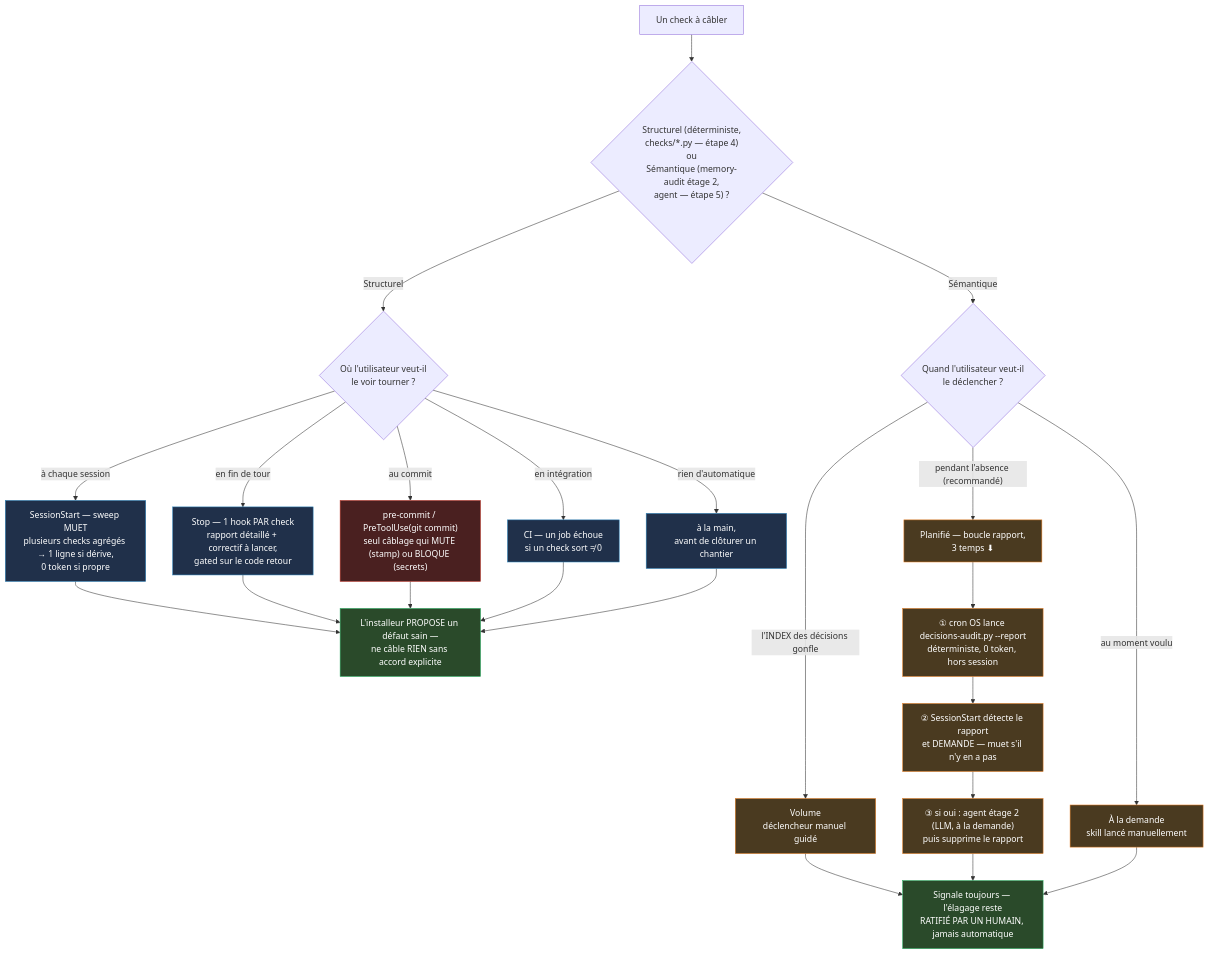
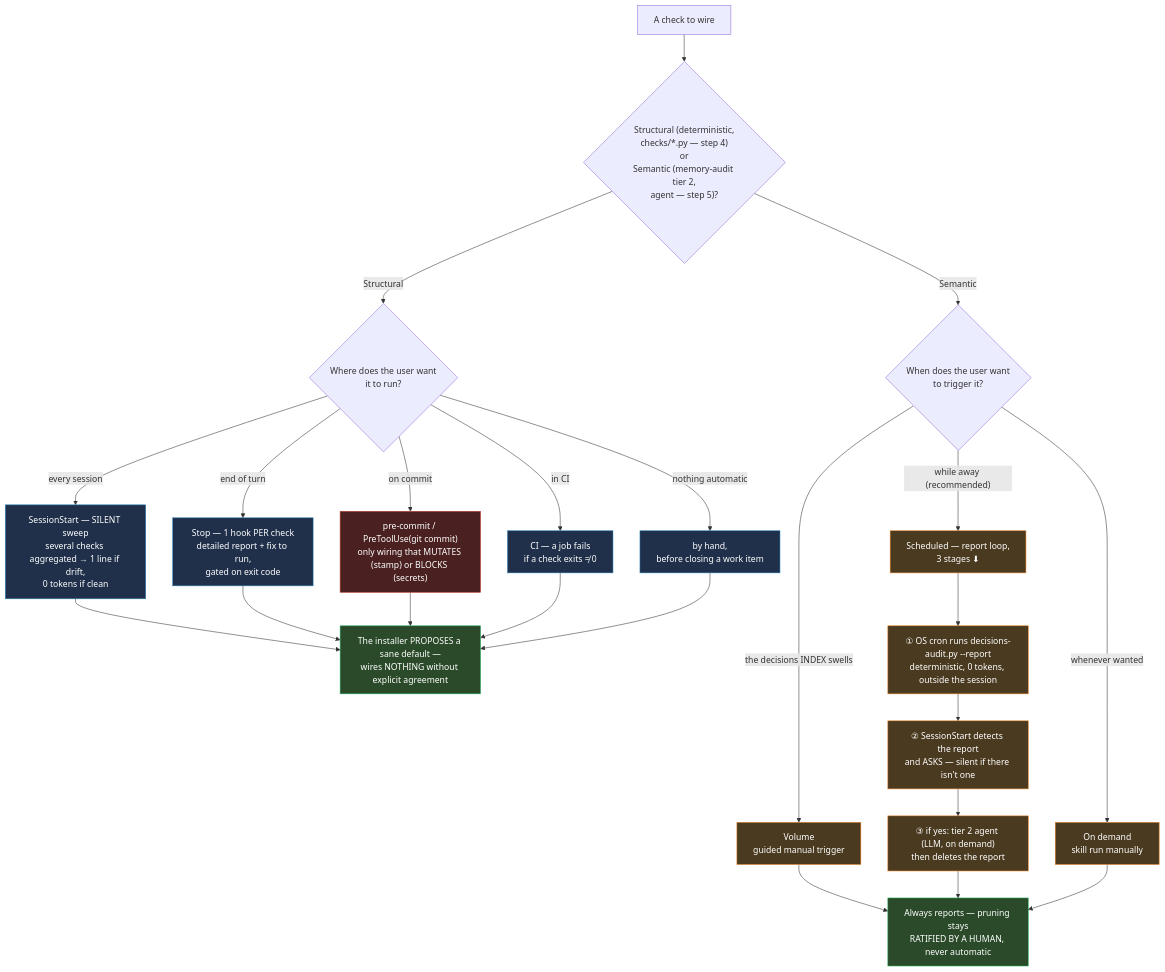
One commit to runfree337/Yet-Another-Memory-System changed the diagram in INSTALL.md. Above: the diagram before and after it, drawn with Mermaid. The commit also changed other lines of this file and 40 other files, not shown here.

First line of the commit message:
docs: rewrite the whole framework in English (PLAN step 3)

````diff
--- a/INSTALL.md
+++ b/INSTALL.md
@@ -25,41 +25,41 @@
 ```mermaid
 flowchart TD
 
-    START["Un check à câbler"] --> TYPE{"Structurel (déterministe,<br/>checks/*.py — étape 4)<br/>ou<br/>Sémantique (memory-audit étage 2,<br/>agent — étape 5) ?"}
+    START["A check to wire"] --> TYPE{"Structural (deterministic,<br/>checks/*.py — step 4)<br/>or<br/>Semantic (memory-audit tier 2,<br/>agent — step 5)?"}
 
-    TYPE -->|Structurel| WHERE{"Où l'utilisateur veut-il<br/>le voir tourner ?"}
-    TYPE -->|Sémantique| WHEN{"Quand l'utilisateur veut-il<br/>le déclencher ?"}
+    TYPE -->|Structural| WHERE{"Where does the user want<br/>it to run?"}
+    TYPE -->|Semantic| WHEN{"When does the user want<br/>to trigger it?"}
 
-    WHERE -->|"à chaque session"| SS["SessionStart — sweep MUET<br/>plusieurs checks agrégés → 1 ligne si dérive,<br/>0 token si propre"]
-    WHERE -->|"en fin de tour"| STOP["Stop — 1 hook PAR check<br/>rapport détaillé + correctif à lancer,<br/>gated sur le code retour"]
-    WHERE -->|"au commit"| PRE["pre-commit / PreToolUse(git commit)<br/>seul câblage qui MUTE (stamp) ou BLOQUE (secrets)"]
-    WHERE -->|"en intégration"| CI["CI — un job échoue<br/>si un check sort ≠ 0"]
-    WHERE -->|"rien d'automatique"| MANUEL["à la main,<br/>avant de clôturer un chantier"]
+    WHERE -->|"every session"| SS["SessionStart — SILENT sweep<br/>several checks aggregated → 1 line if drift,<br/>0 tokens if clean"]
+    WHERE -->|"end of turn"| STOP["Stop — 1 hook PER check<br/>detailed report + fix to run,<br/>gated on exit code"]
+    WHERE -->|"on commit"| PRE["pre-commit / PreToolUse(git commit)<br/>only wiring that MUTATES (stamp) or BLOCKS (secrets)"]
+    WHERE -->|"in CI"| CI["CI — a job fails<br/>if a check exits ≠ 0"]
+    WHERE -->|"nothing automatic"| MANUAL["by hand,<br/>before closing a work item"]
 
-    WHEN -->|"l'INDEX des décisions gonfle"| VOL["Volume<br/>déclencheur manuel guidé"]
-    WHEN -->|"pendant l'absence (recommandé)"| PLAN["Planifié — boucle rapport,<br/>3 temps ⬇"]
-    WHEN -->|"au moment voulu"| DEM["À la demande<br/>skill lancé manuellement"]
+    WHEN -->|"the decisions INDEX swells"| VOL["Volume<br/>guided manual trigger"]
+    WHEN -->|"while away (recommended)"| PLAN["Scheduled — report loop,<br/>3 stages ⬇"]
+    WHEN -->|"whenever wanted"| DEM["On demand<br/>skill run manually"]
 
-    PLAN --> P1["① cron OS lance decisions-audit.py --report<br/>déterministe, 0 token, hors session"]
-    P1 --> P2["② SessionStart détecte le rapport<br/>et DEMANDE — muet s'il n'y en a pas"]
-    P2 --> P3["③ si oui : agent étage 2 (LLM, à la demande)<br/>puis supprime le rapport"]
+    PLAN --> P1["① OS cron runs decisions-audit.py --report<br/>deterministic, 0 tokens, outside the session"]
+    P1 --> P2["② SessionStart detects the report<br/>and ASKS — silent if there isn't one"]
+    P2 --> P3["③ if yes: tier 2 agent (LLM, on demand)<br/>then deletes the report"]
 
-    SS --> G1["L'installeur PROPOSE un défaut sain —<br/>ne câble RIEN sans accord explicite"]
+    SS --> G1["The installer PROPOSES a sane default —<br/>wires NOTHING without explicit agreement"]
     STOP --> G1
     PRE --> G1
     CI --> G1
-    MANUEL --> G1
+    MANUAL --> G1
 
-    VOL --> G2["Signale toujours — l'élagage reste<br/>RATIFIÉ PAR UN HUMAIN, jamais automatique"]
+    VOL --> G2["Always reports — pruning stays<br/>RATIFIED BY A HUMAN, never automatic"]
     P3 --> G2
     DEM --> G2
 
     classDef det fill:#20304a,stroke:#2980b9,color:#fff
     classDef mutant fill:#4a2020,stroke:#c0392b,color:#fff
     classDef sem fill:#4a3a20,stroke:#e67e22,color:#fff
     classDef gate fill:#2a4a2a,stroke:#27ae60,color:#fff
-    class SS,STOP,CI,MANUEL det
+    class SS,STOP,CI,MANUAL det
     class PRE mutant
     class VOL,PLAN,DEM,P1,P2,P3 sem
     class G1,G2 gate
 ```
````
